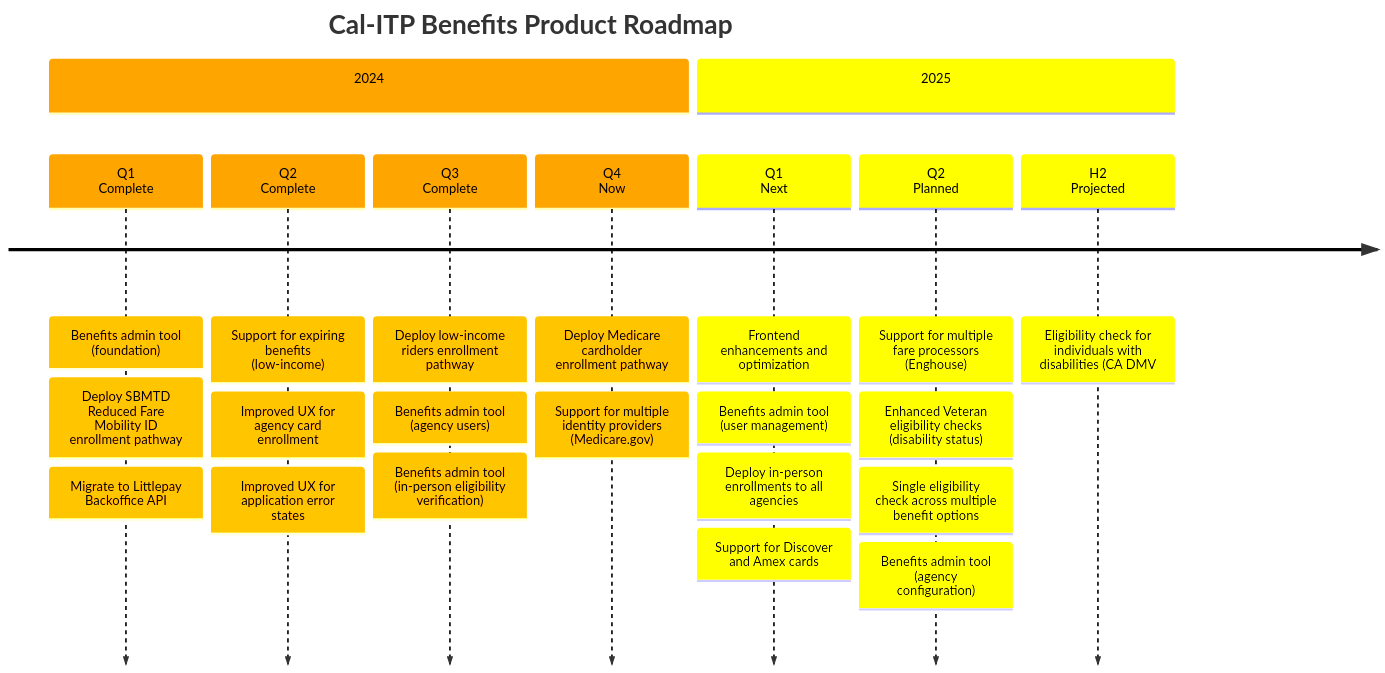
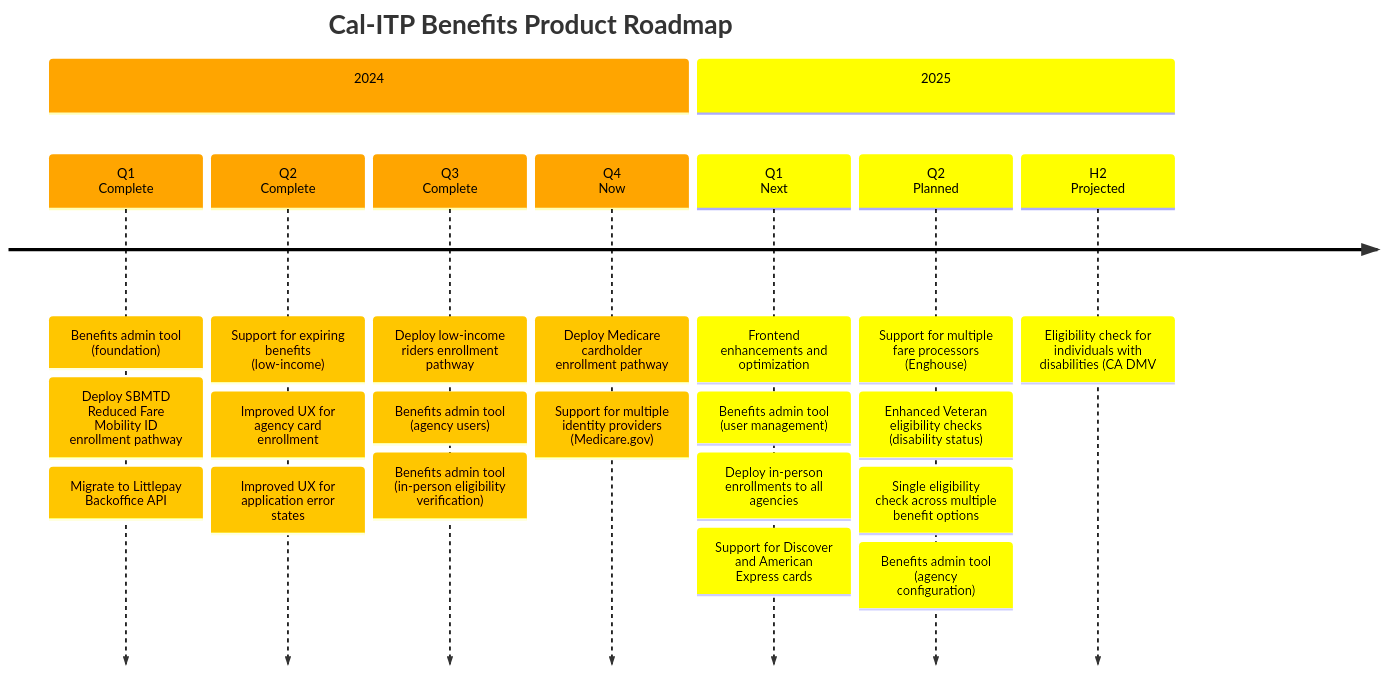
Before and after one commit to cal-itp/benefits: the diagram in docs/enrollment-pathways/README.md, drawn with Mermaid.

````diff
--- a/docs/enrollment-pathways/README.md
+++ b/docs/enrollment-pathways/README.md
@@ -19,60 +19,60 @@
 ```mermaid
 timeline
     title Cal-ITP Benefits Product Roadmap
 %% Cal-ITP Benefits Epics (2024)
           section 2024
 
           Q1<br>Complete
           : Benefits admin tool (foundation)
           : Deploy SBMTD Reduced Fare Mobility ID enrollment pathway
           : Migrate to Littlepay Backoffice API
 
           Q2<br>Complete
           : Support for expiring benefits (low-income)
           : Improved UX for agency card enrollment
           : Improved UX for application error states
 
           Q3<br>Complete
           : Deploy low-income riders enrollment pathway
           : Benefits admin tool (agency users)
           : Benefits admin tool (in-person eligibility verification)
 
           Q4<br>Now
           : Deploy Medicare cardholder enrollment pathway
           : Support for multiple identity providers (Medicare.gov)
 
 %% Cal-ITP Benefits Epics (2025)
           section 2025
 
           Q1<br>Next
         : Frontend enhancements and optimization
         : Benefits admin tool (user management)
         : Deploy in-person enrollments to all agencies
       %%: Deploy Connect Card enrollment pathway to SACOG agencies
-        : Support for Discover and Amex cards
+        : Support for Discover and American Express cards
 
           Q2<br>Planned
         : Support for multiple fare processors (Enghouse)
         : Enhanced Veteran eligibility checks (disability status)
         : Single eligibility check across multiple benefit options
         : Benefits admin tool (agency configuration)
 
           H2<br>Projected
         : Eligibility check for individuals with disabilities (CA DMV
 
 %%{
     init: {
         'logLevel': 'debug',
         'theme': 'default' ,
         'themeVariables': {
             'cScale0': '#ffa500', 'cScaleLabel0': '#000000',
             'cScale1': '#ffff00', 'cScaleLabel1': '#000000',
             'cScale2': '#ffff00', 'cScaleLabel2': '#000000',
             'cScale3': '#008000', 'cScaleLabel3': '#ffffff',
             'cScale4': '#0000ff', 'cScaleLabel4': '#ffffff',
             'cScale5': '#4b0082', 'cScaleLabel5': '#ffffff',
             'cScale6': '#000000', 'cScaleLabel6': '#ffffff'
         }
     }
 }%%
 ```
````
